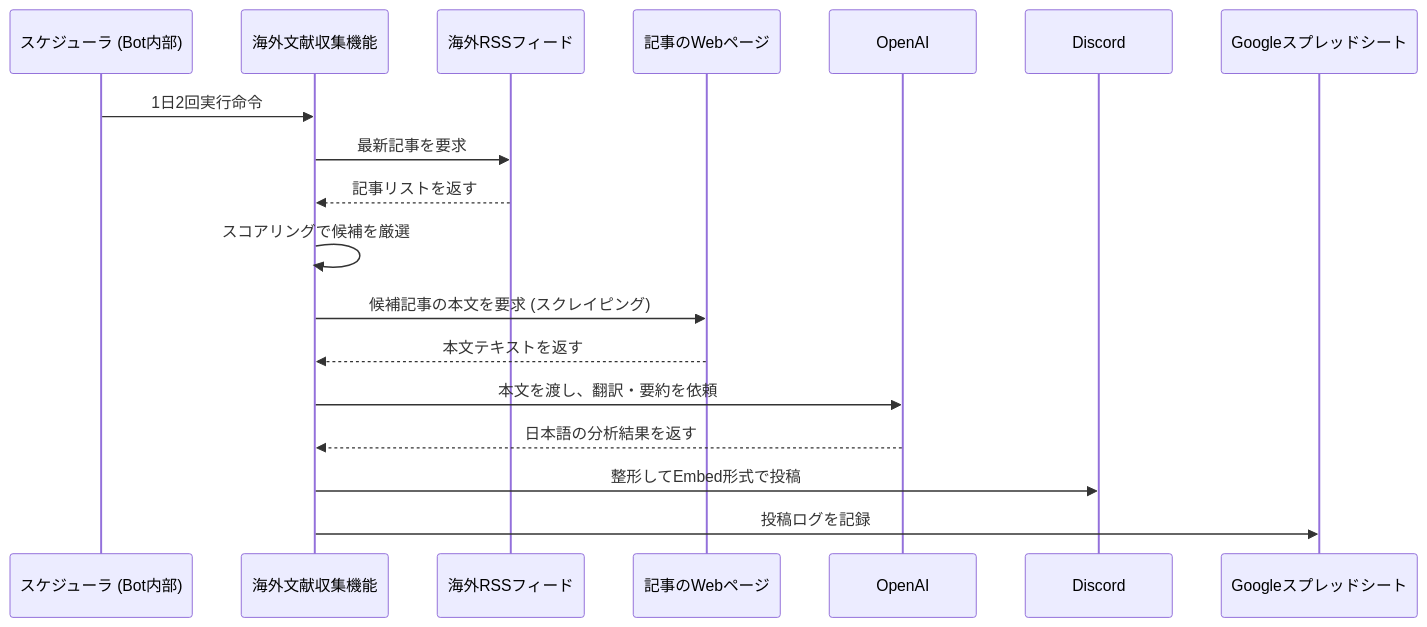
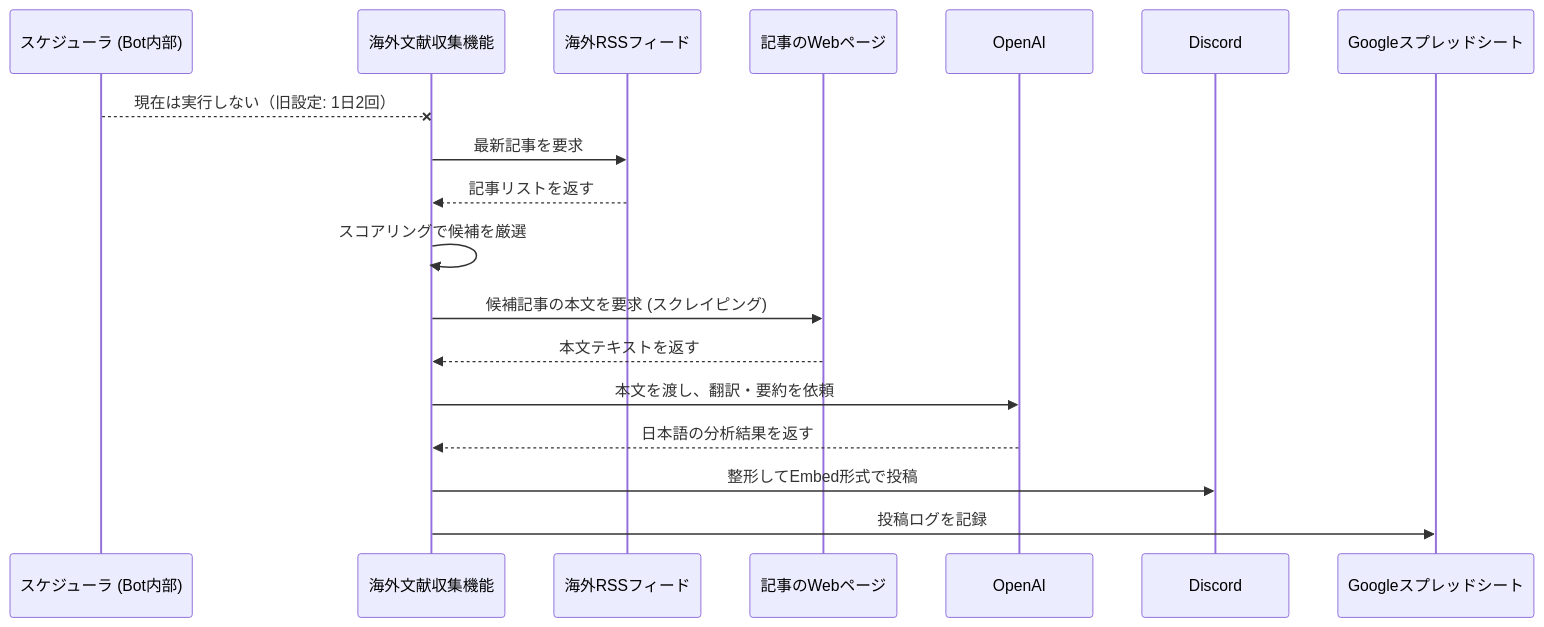
The fifth of 9 diagrams in README.md (Metagri-Bot/daily-news-bot), drawn with Mermaid before and after one commit. The commit also changed other lines of this file and 15 other files, not shown here.

````diff
--- a/README.md
+++ b/README.md
@@ -143,21 +143,21 @@
 ```mermaid
 sequenceDiagram
     participant Scheduler as スケジューラ (Bot内部)
     participant GlobalTask as 海外文献収集機能
     participant NewsSites as 海外RSSフィード
     participant WebPage as 記事のWebページ
     participant OpenAI
     participant Discord
     participant GoogleSheets as Googleスプレッドシート
 
-    Scheduler->>GlobalTask: 1日2回実行命令
+    Scheduler--xGlobalTask: 現在は実行しない（旧設定: 1日2回）
     GlobalTask->>NewsSites: 最新記事を要求
     NewsSites-->>GlobalTask: 記事リストを返す
     GlobalTask->>GlobalTask: スコアリングで候補を厳選
     GlobalTask->>WebPage: 候補記事の本文を要求 (スクレイピング)
     WebPage-->>GlobalTask: 本文テキストを返す
     GlobalTask->>OpenAI: 本文を渡し、翻訳・要約を依頼
     OpenAI-->>GlobalTask: 日本語の分析結果を返す
     GlobalTask->>Discord: 整形してEmbed形式で投稿
     GlobalTask->>GoogleSheets: 投稿ログを記録
 ```
````
